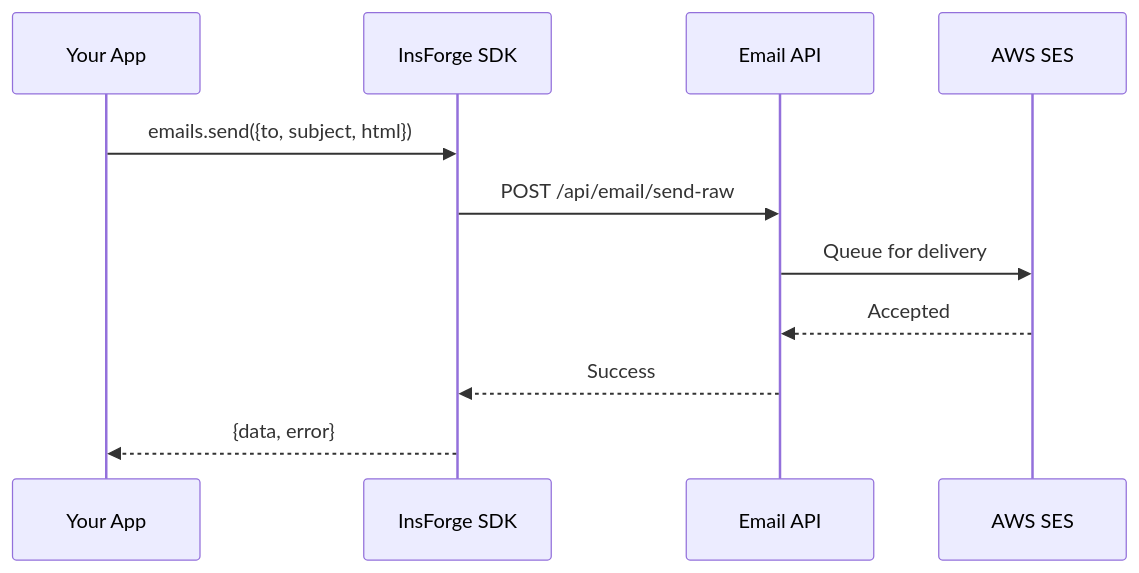
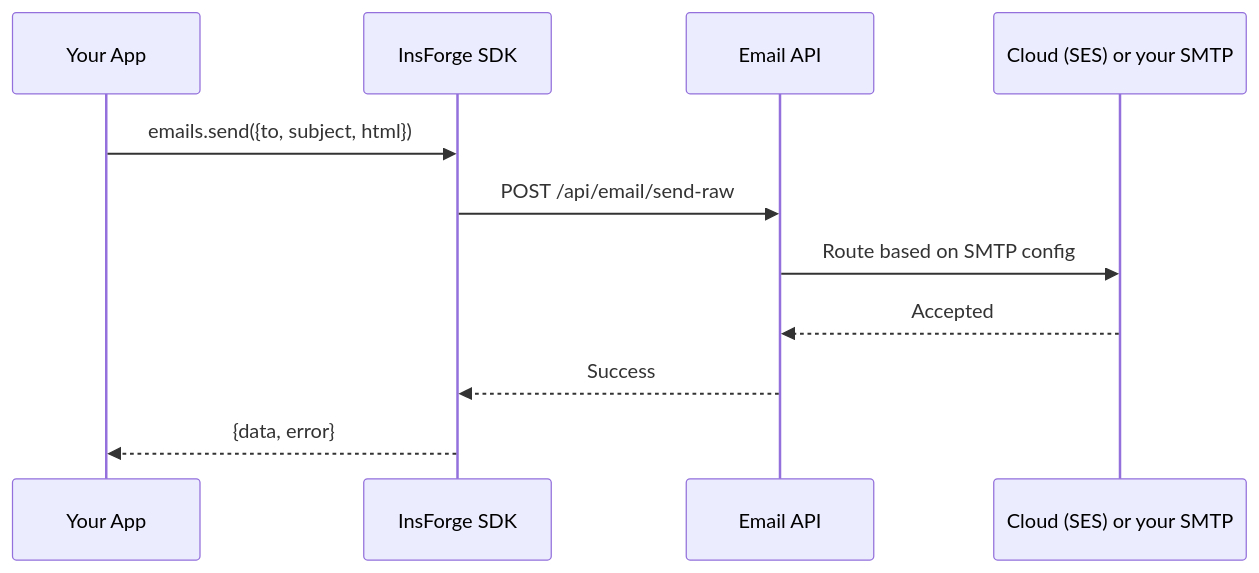
Before and after one commit to InsForge/InsForge: the second of 2 diagrams in docs/core-concepts/email/architecture.mdx, drawn with Mermaid. The commit also changed other lines of this file and 4 other files, not shown here.

````diff
--- a/docs/core-concepts/email/architecture.mdx
+++ b/docs/core-concepts/email/architecture.mdx
@@ -39,14 +46,14 @@
 ```mermaid
 sequenceDiagram
     participant App as Your App
     participant SDK as InsForge SDK
     participant API as Email API
-    participant SES as AWS SES
+    participant Provider as Cloud (SES) or your SMTP
 
     App->>SDK: emails.send({to, subject, html})
     SDK->>API: POST /api/email/send-raw
-    API->>SES: Queue for delivery
-    SES-->>API: Accepted
+    API->>Provider: Route based on SMTP config
+    Provider-->>API: Accepted
     API-->>SDK: Success
     SDK-->>App: {data, error}
 ```
````
